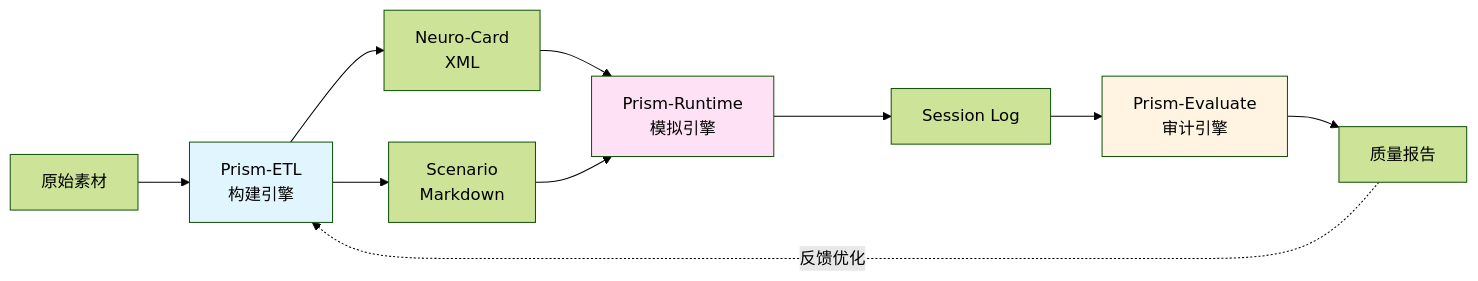
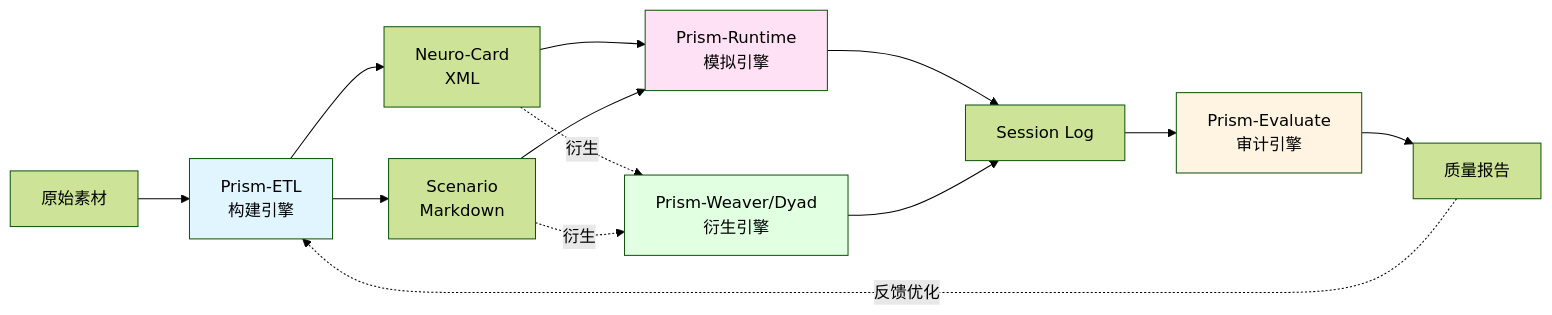
Before and after one commit to 3aKHP/Neural-Narratology: the diagram in README.md, drawn with Mermaid (forest theme). The commit also changed other lines of this file and 9 other files, not shown here.

Commit message:
feat(modulation): add Weaver and Dyad engines to Prism architecture

````diff
--- a/README.md
+++ b/README.md
@@ -101,16 +102,20 @@
 ```mermaid
 graph LR
     A[原始素材] --> B[Prism-ETL<br/>构建引擎]
     B --> C[Neuro-Card<br/>XML]
     B --> D[Scenario<br/>Markdown]
     C --> E[Prism-Runtime<br/>模拟引擎]
     D --> E
+    C -.衍生.-> W[Prism-Weaver/Dyad<br/>衍生引擎]
+    D -.衍生.-> W
     E --> F[Session Log]
+    W --> F
     F --> G[Prism-Evaluate<br/>审计引擎]
     G --> H[质量报告]
     H -.反馈优化.-> B
     
     style B fill:#e1f5ff
     style E fill:#ffe1f5
+    style W fill:#e1ffe1
     style G fill:#fff4e1
 ```
````
